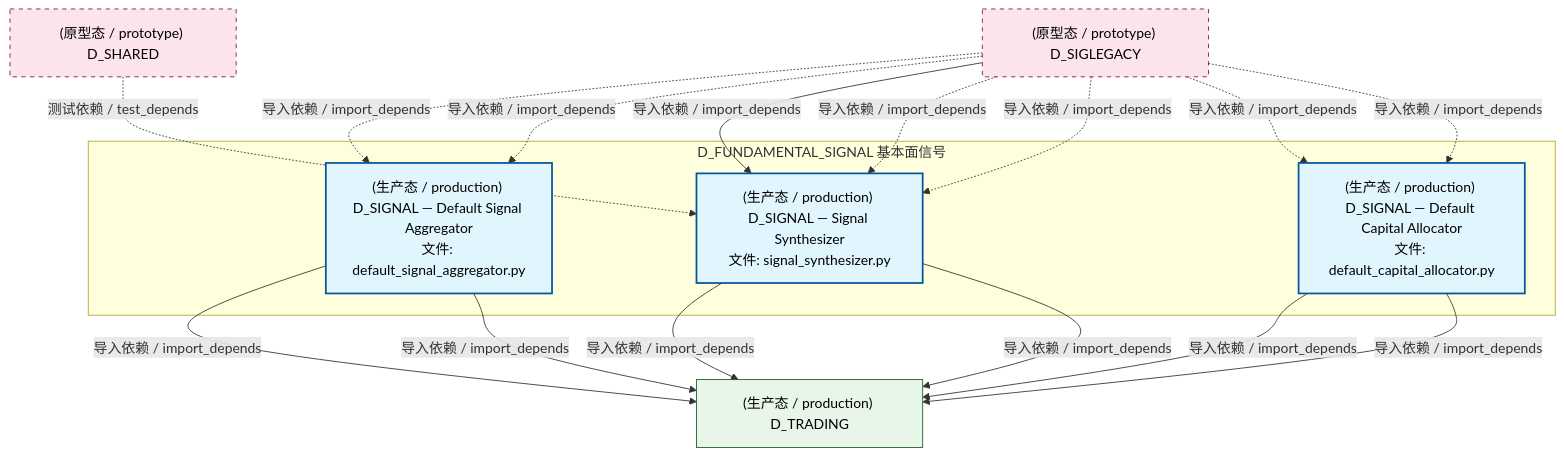
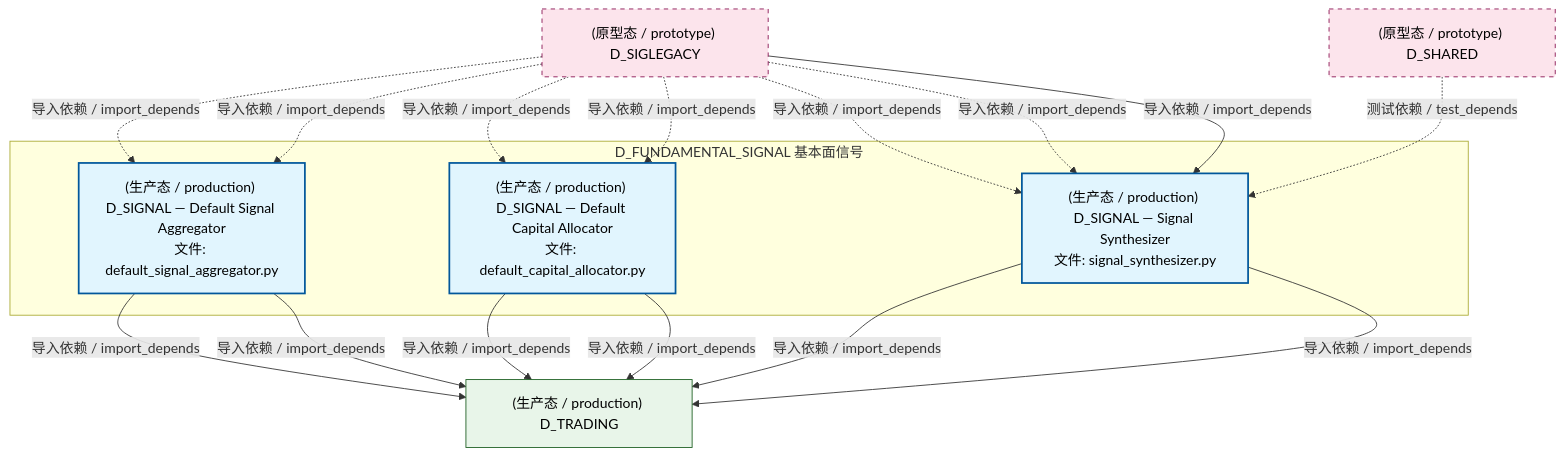
One commit to xuanFelixVan/ZephyrAlpha changed the second of 4 diagrams in docs/02_enterprise_architecture/02_domain_architecture_docs/37_d_fundamental_signal.md. Above: the diagram before and after it, drawn with Mermaid. The commit also changed other lines of this file and 126 other files, not shown here.

````diff
--- a/docs/02_enterprise_architecture/02_domain_architecture_docs/37_d_fundamental_signal.md
+++ b/docs/02_enterprise_architecture/02_domain_architecture_docs/37_d_fundamental_signal.md
@@ -134,32 +134,32 @@
 ```mermaid
 graph TD
     subgraph D_FUNDAMENTAL_SIGNAL["D_FUNDAMENTAL_SIGNAL 基本面信号"]
         src_zephyr_signal_fundamental_gen_implementations_default_signal_aggregator_py["(生产态 / production) D_SIGNAL — Default Signal Aggregator<br/>文件: default_signal_aggregator.py"]
         src_zephyr_signal_fundamental_strategy_implementations_default_capital_allocator_py["(生产态 / production) D_SIGNAL — Default Capital Allocator<br/>文件: default_capital_allocator.py"]
         src_zephyr_signal_fundamental_synth_signal_synthesizer_py["(生产态 / production) D_SIGNAL — Signal Synthesizer<br/>文件: signal_synthesizer.py"]
     end
     D_TRADING["(生产态 / production) D_TRADING"]
+    src_zephyr_signal_fundamental_gen_implementations_default_signal_aggregator_py -->|导入依赖 / import_depends| D_TRADING
+    src_zephyr_signal_fundamental_gen_implementations_default_signal_aggregator_py -->|导入依赖 / import_depends| D_TRADING
+    src_zephyr_signal_fundamental_strategy_implementations_default_capital_allocator_py -->|导入依赖 / import_depends| D_TRADING
+    src_zephyr_signal_fundamental_strategy_implementations_default_capital_allocator_py -->|导入依赖 / import_depends| D_TRADING
     src_zephyr_signal_fundamental_synth_signal_synthesizer_py -->|导入依赖 / import_depends| D_TRADING
-    src_zephyr_signal_fundamental_strategy_implementations_default_capital_allocator_py -->|导入依赖 / import_depends| D_TRADING
-    src_zephyr_signal_fundamental_gen_implementations_default_signal_aggregator_py -->|导入依赖 / import_depends| D_TRADING
     src_zephyr_signal_fundamental_synth_signal_synthesizer_py -->|导入依赖 / import_depends| D_TRADING
-    src_zephyr_signal_fundamental_strategy_implementations_default_capital_allocator_py -->|导入依赖 / import_depends| D_TRADING
-    src_zephyr_signal_fundamental_gen_implementations_default_signal_aggregator_py -->|导入依赖 / import_depends| D_TRADING
     D_SIGLEGACY["(原型态 / prototype) D_SIGLEGACY"]
     D_SIGLEGACY -.->|导入依赖 / import_depends| src_zephyr_signal_fundamental_gen_implementations_default_signal_aggregator_py
     D_SIGLEGACY -.->|导入依赖 / import_depends| src_zephyr_signal_fundamental_gen_implementations_default_signal_aggregator_py
-    D_SIGLEGACY -->|导入依赖 / import_depends| src_zephyr_signal_fundamental_synth_signal_synthesizer_py
+    D_SIGLEGACY -.->|导入依赖 / import_depends| src_zephyr_signal_fundamental_strategy_implementations_default_capital_allocator_py
+    D_SIGLEGACY -.->|导入依赖 / import_depends| src_zephyr_signal_fundamental_strategy_implementations_default_capital_allocator_py
+    D_SHARED["(原型态 / prototype) D_SHARED"]
+    D_SHARED -.->|测试依赖 / test_depends| src_zephyr_signal_fundamental_synth_signal_synthesizer_py
     D_SIGLEGACY -.->|导入依赖 / import_depends| src_zephyr_signal_fundamental_synth_signal_synthesizer_py
     D_SIGLEGACY -.->|导入依赖 / import_depends| src_zephyr_signal_fundamental_synth_signal_synthesizer_py
-    D_SHARED["(原型态 / prototype) D_SHARED"]
-    D_SHARED -.->|测试依赖 / test_depends| src_zephyr_signal_fundamental_synth_signal_synthesizer_py
-    D_SIGLEGACY -.->|导入依赖 / import_depends| src_zephyr_signal_fundamental_strategy_implementations_default_capital_allocator_py
-    D_SIGLEGACY -.->|导入依赖 / import_depends| src_zephyr_signal_fundamental_strategy_implementations_default_capital_allocator_py
+    D_SIGLEGACY -->|导入依赖 / import_depends| src_zephyr_signal_fundamental_synth_signal_synthesizer_py
     classDef production fill:#e1f5fe,stroke:#01579b,stroke-width:2px,color:#000
     classDef design fill:#fff3e0,stroke:#e65100,stroke-width:2px,color:#000,stroke-dasharray: 5 5
     classDef external_prod fill:#e8f5e9,stroke:#1b5e20,stroke-width:1px,color:#000
     classDef external_design fill:#fce4ec,stroke:#880e4f,stroke-width:1px,color:#000,stroke-dasharray: 5 5
     class src_zephyr_signal_fundamental_gen_implementations_default_signal_aggregator_py,src_zephyr_signal_fundamental_strategy_implementations_default_capital_allocator_py,src_zephyr_signal_fundamental_synth_signal_synthesizer_py production
     class D_TRADING external_prod
     class D_SIGLEGACY,D_SHARED external_design
 ```
````
